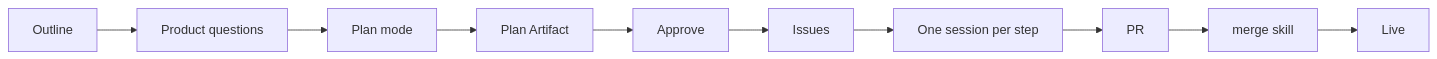
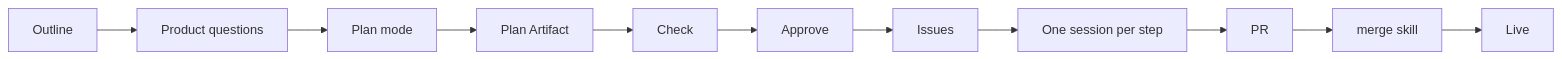
One commit to Colorado-Startups/claudius changed the diagram in plugin/skills/plan/SKILL.md. Above: the diagram before and after it, drawn with Mermaid. The commit also changed other lines of this file and 2 other files, not shown here.

First line of the commit message:
Plugin 0.3.2: a plan is checked once before it is shown

````diff
--- a/plugin/skills/plan/SKILL.md
+++ b/plugin/skills/plan/SKILL.md
@@ -17,5 +17,5 @@
 ```mermaid
 flowchart LR
-  O[Outline] --> Q[Product questions] --> P[Plan mode] --> A[Plan Artifact] --> Y[Approve] --> I[Issues]
+  O[Outline] --> Q[Product questions] --> P[Plan mode] --> A[Plan Artifact] --> C[Check] --> Y[Approve] --> I[Issues]
   I --> S[One session per step] --> R[PR] --> M[merge skill] --> L[Live]
 ```
````
